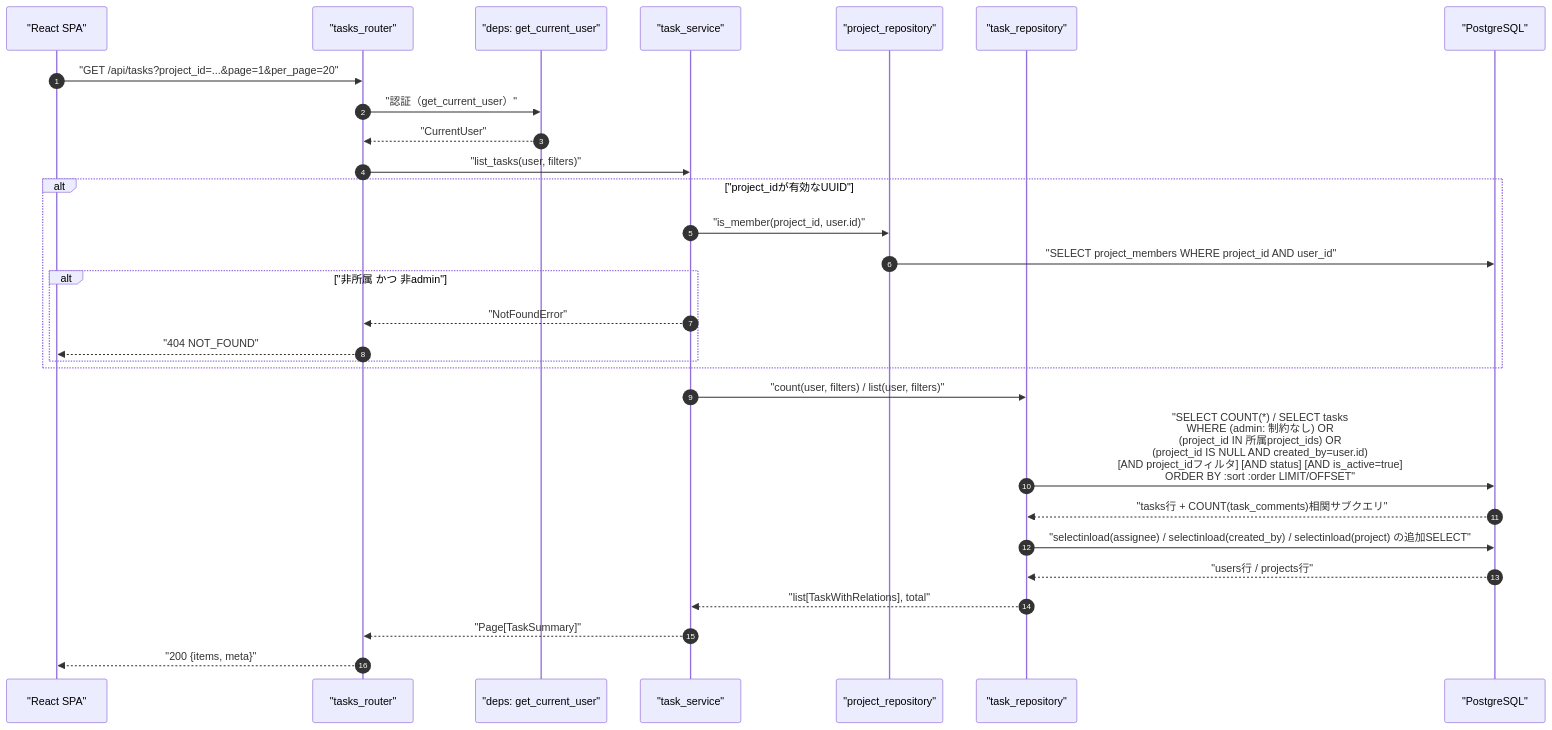
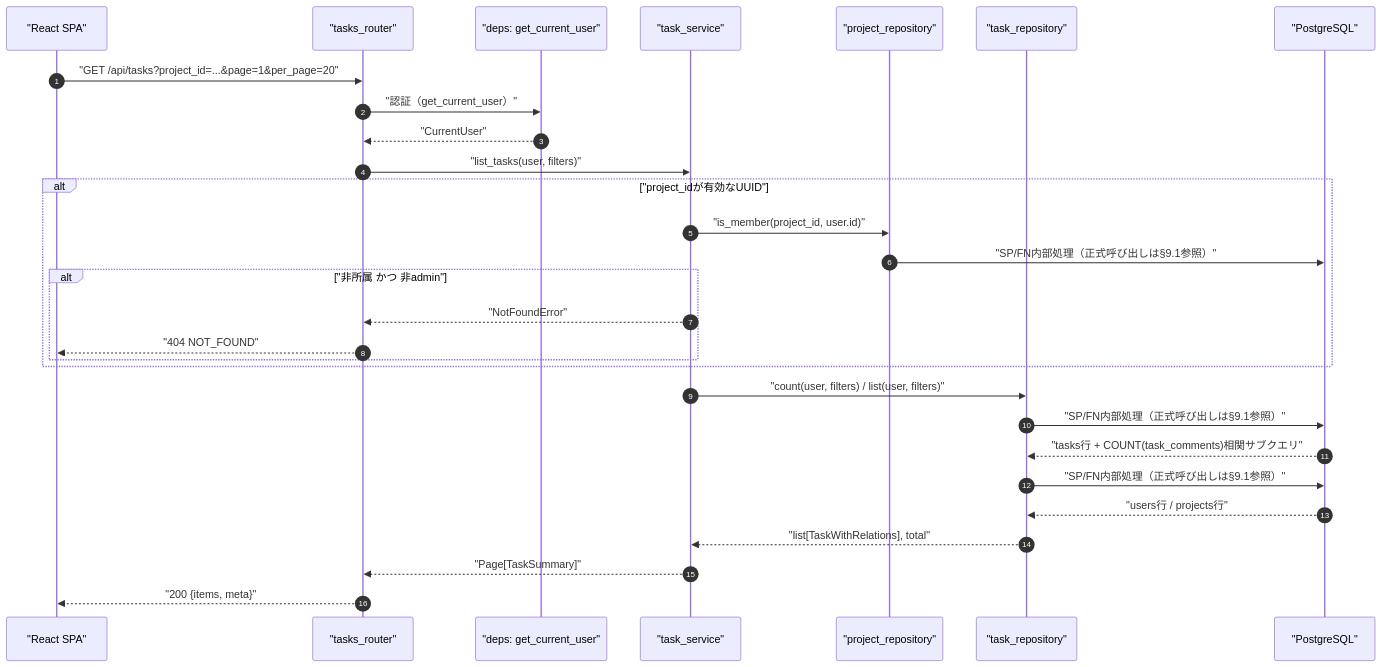
The first of 4 diagrams in detailed_design/api/tasks/10_get_tasks.md (oikawa-d/task_management), drawn with Mermaid before and after one commit. The commit also changed other lines of this file and 58 other files, not shown here.

````diff
--- a/detailed_design/api/tasks/10_get_tasks.md
+++ b/detailed_design/api/tasks/10_get_tasks.md
@@ -121,32 +121,32 @@
 ```mermaid
 sequenceDiagram
     autonumber
     participant FE as "React SPA"
     participant R as "tasks_router"
     participant D as "deps: get_current_user"
     participant S as "task_service"
     participant PR as "project_repository"
     participant TR as "task_repository"
     participant PG as "PostgreSQL"
 
     FE->>R: "GET /api/tasks?project_id=...&page=1&per_page=20"
     R->>D: "認証（get_current_user）"
     D-->>R: "CurrentUser"
     R->>S: "list_tasks(user, filters)"
     alt "project_idが有効なUUID"
         S->>PR: "is_member(project_id, user.id)"
-        PR->>PG: "SELECT project_members WHERE project_id AND user_id"
+        PR->>PG: "SP/FN内部処理（正式呼び出しは§9.1参照）"
         alt "非所属 かつ 非admin"
             S-->>R: "NotFoundError"
             R-->>FE: "404 NOT_FOUND"
         end
     end
     S->>TR: "count(user, filters) / list(user, filters)"
-    TR->>PG: "SELECT COUNT(*) / SELECT tasks<br/>WHERE (admin: 制約なし) OR<br/>(project_id IN 所属project_ids) OR<br/>(project_id IS NULL AND created_by=user.id)<br/>[AND project_idフィルタ] [AND status] [AND is_active=true]<br/>ORDER BY :sort :order LIMIT/OFFSET"
+    TR->>PG: "SP/FN内部処理（正式呼び出しは§9.1参照）"
     PG-->>TR: "tasks行 + COUNT(task_comments)相関サブクエリ"
-    TR->>PG: "selectinload(assignee) / selectinload(created_by) / selectinload(project) の追加SELECT"
+    TR->>PG: "SP/FN内部処理（正式呼び出しは§9.1参照）"
     PG-->>TR: "users行 / projects行"
     TR-->>S: "list[TaskWithRelations], total"
     S-->>R: "Page[TaskSummary]"
     R-->>FE: "200 {items, meta}"
 ```
````
